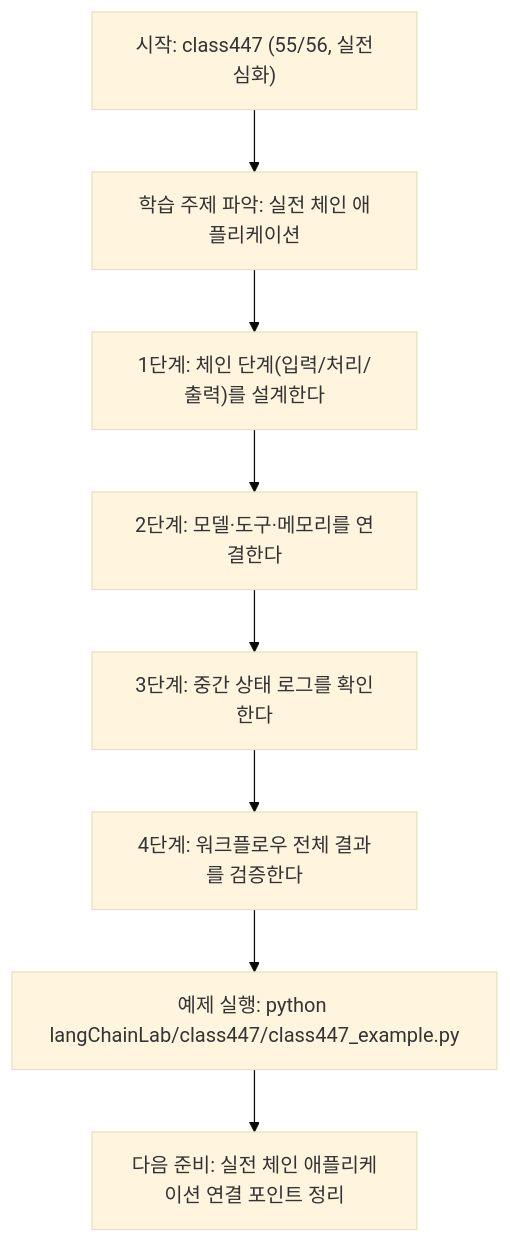
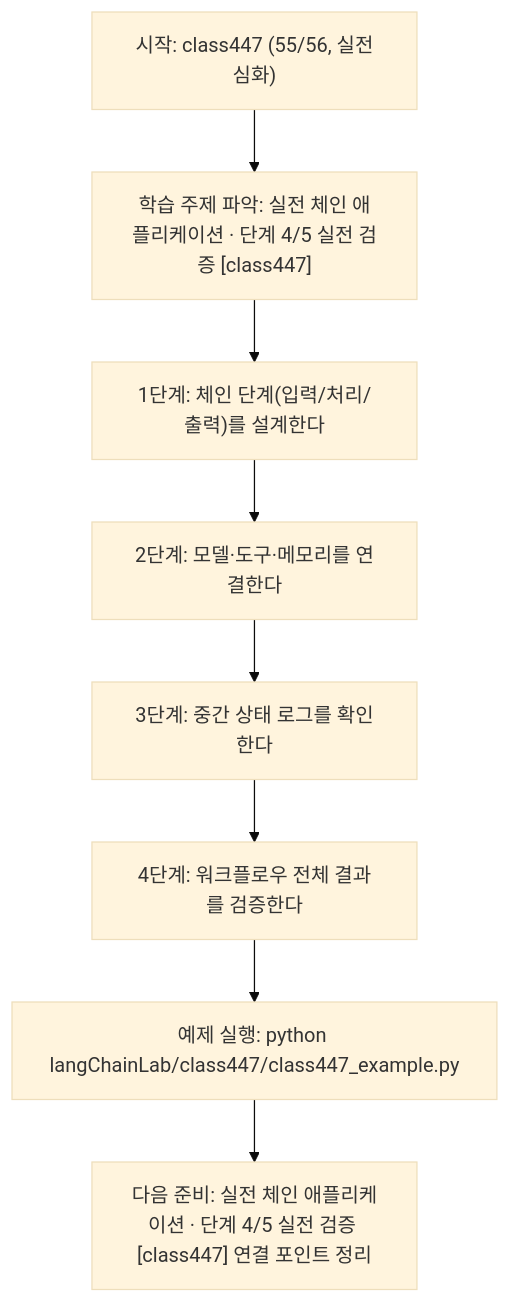
The diagram in langChainLab/class447/class447.md (edumgt/Python-AI_Agent-Class), drawn with Mermaid (base theme) before and after one commit. The commit also changed other lines of this file and 522 other files, not shown here.

````diff
--- a/langChainLab/class447/class447.md
+++ b/langChainLab/class447/class447.md
@@ -109,18 +110,18 @@
 ```mermaid
 flowchart TD
 N1["시작: class447 (55/56, 실전심화)"]
-N2["학습 주제 파악: 실전 체인 애플리케이션"]
+N2["학습 주제 파악: 실전 체인 애플리케이션 · 단계 4/5 실전 검증 [class447]"]
 N3["1단계: 체인 단계(입력/처리/출력)를 설계한다"]
 N4["2단계: 모델·도구·메모리를 연결한다"]
 N5["3단계: 중간 상태 로그를 확인한다"]
 N6["4단계: 워크플로우 전체 결과를 검증한다"]
 N7["예제 실행: python langChainLab/class447/class447_example.py"]
-N8["다음 준비: 실전 체인 애플리케이션 연결 포인트 정리"]
+N8["다음 준비: 실전 체인 애플리케이션 · 단계 4/5 실전 검증 [class447] 연결 포인트 정리"]
 N1 --> N2
 N2 --> N3
 N3 --> N4
 N4 --> N5
 N5 --> N6
 N6 --> N7
 N7 --> N8
 ```
````
